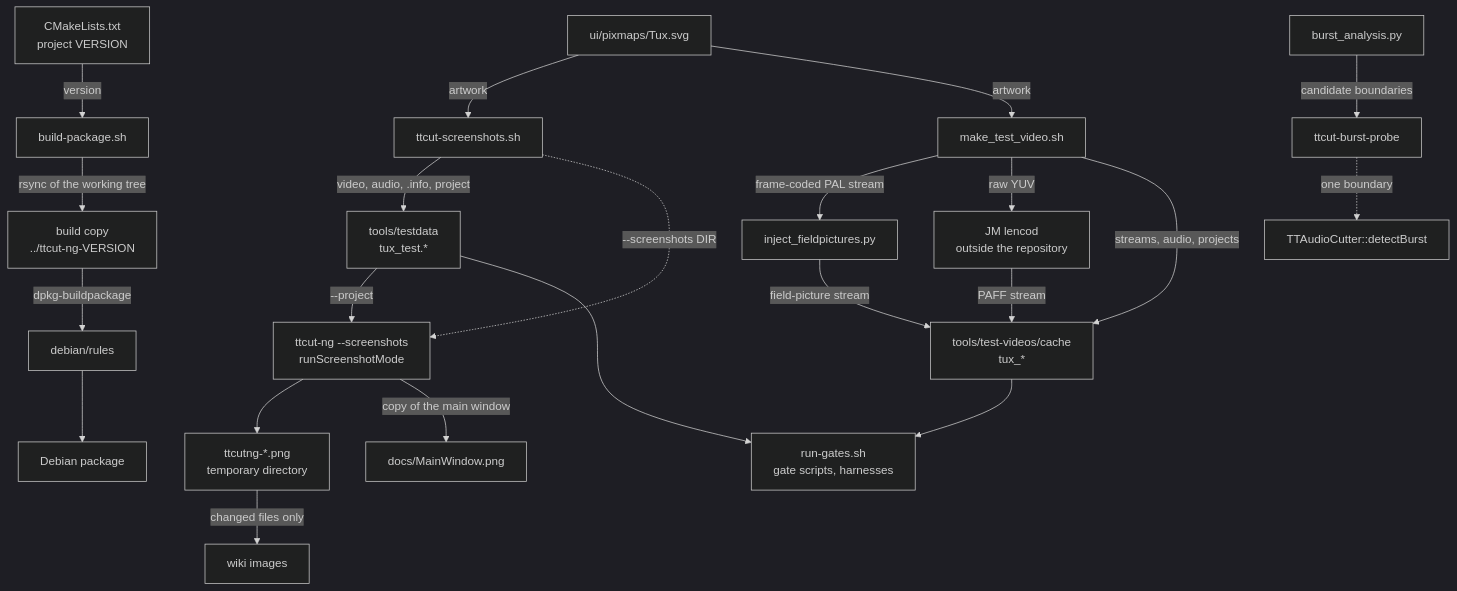
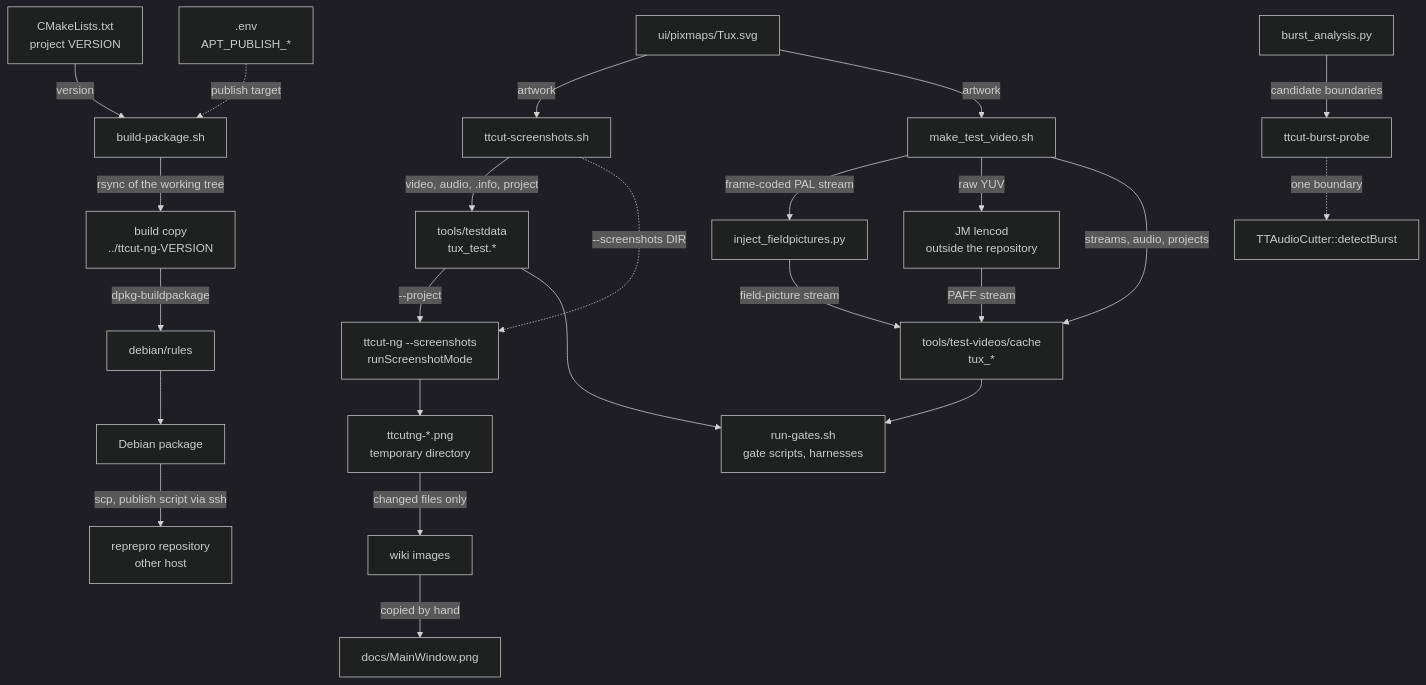
Before and after one commit to MINIXJR/TTCut-ng: the diagram in docs/code-map/dev-tools.md, drawn with Mermaid (dark theme). The commit also changed other lines of this file and 13 other files, not shown here.

````diff
--- a/docs/code-map/dev-tools.md
+++ b/docs/code-map/dev-tools.md
@@ -52,51 +52,55 @@
 ```mermaid
 flowchart TD
     VER["CMakeLists.txt<br/>project VERSION"]
     PKG["build-package.sh"]
     BDIR["build copy<br/>../ttcut-ng-VERSION"]
     RULES["debian/rules"]
     DEB["Debian package"]
+    ENV[".env<br/>APT_PUBLISH_*"]
+    APT["reprepro repository<br/>other host"]
 
     SVG["ui/pixmaps/Tux.svg"]
     SHOT["ttcut-screenshots.sh"]
     TDATA["tools/testdata<br/>tux_test.*"]
     APP["ttcut-ng --screenshots<br/>runScreenshotMode"]
     PNG["ttcutng-*.png<br/>temporary directory"]
     WIKI["wiki images"]
     DOCPNG["docs/MainWindow.png"]
 
     MTV["make_test_video.sh"]
     INJ["inject_fieldpictures.py"]
     JM["JM lencod<br/>outside the repository"]
     CACHE["tools/test-videos/cache<br/>tux_*"]
     GATES["run-gates.sh<br/>gate scripts, harnesses"]
 
     BA["burst_analysis.py"]
     BP["ttcut-burst-probe"]
     DET["TTAudioCutter::detectBurst"]
 
     VER -->|"version"| PKG
     PKG -->|"rsync of the working tree"| BDIR
     BDIR -->|"dpkg-buildpackage"| RULES
     RULES --> DEB
+    ENV -. "publish target" .-> PKG
+    DEB -->|"scp, publish script via ssh"| APT
 
     SVG -->|"artwork"| SHOT
     SHOT -->|"video, audio, .info, project"| TDATA
     TDATA -->|"--project"| APP
     SHOT -. "--screenshots DIR" .-> APP
     APP --> PNG
-    APP -->|"copy of the main window"| DOCPNG
+    WIKI -->|"copied by hand"| DOCPNG
     PNG -->|"changed files only"| WIKI
     TDATA --> GATES
 
     SVG -->|"artwork"| MTV
     MTV -->|"frame-coded PAL stream"| INJ
     INJ -->|"field-picture stream"| CACHE
     MTV -->|"raw YUV"| JM
     JM -->|"PAFF stream"| CACHE
     MTV -->|"streams, audio, projects"| CACHE
     CACHE --> GATES
 
     BA -->|"candidate boundaries"| BP
     BP -. "one boundary" .-> DET
 ```
````
